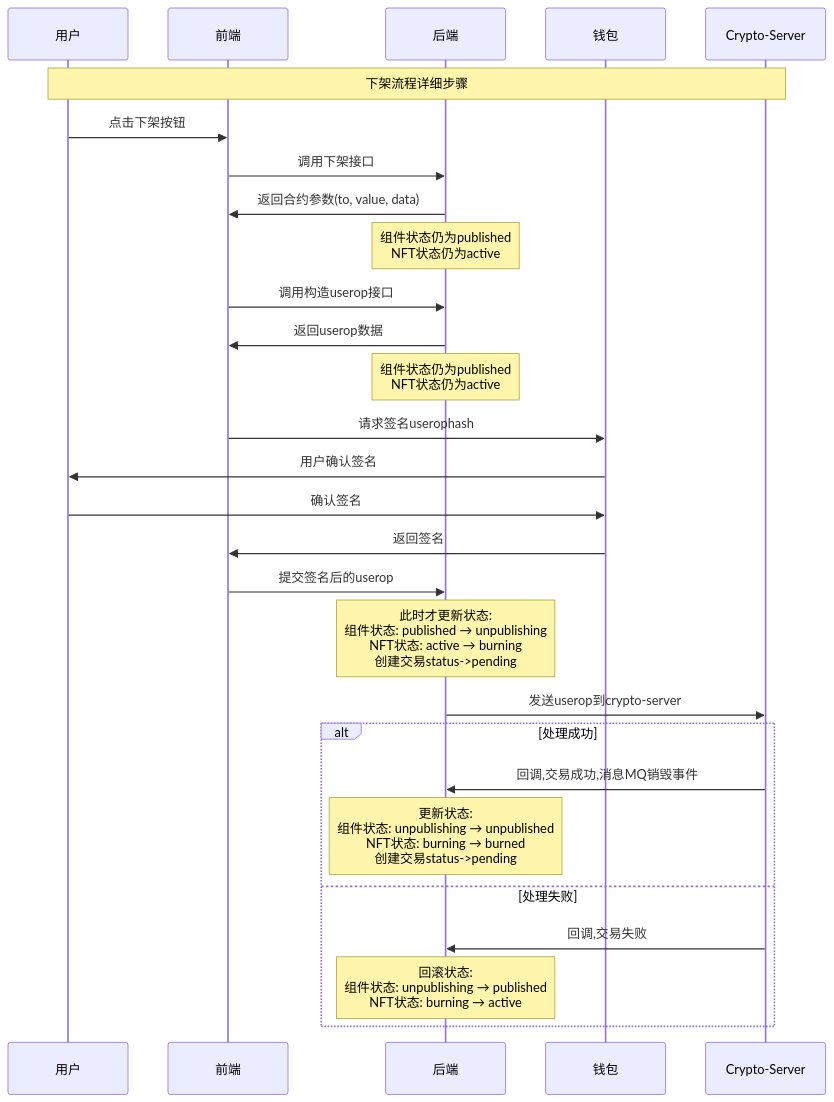
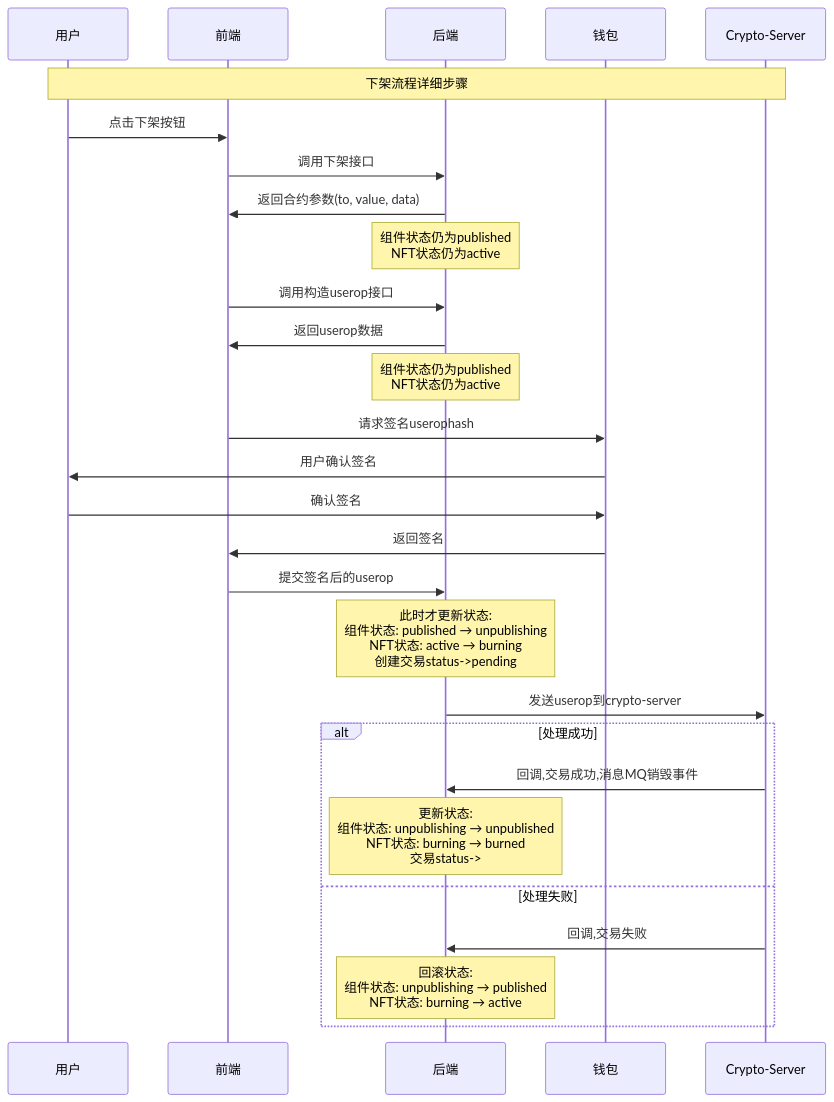
The diagram in all/未命名-76.md (yingjianzh/iodraw-files), drawn with Mermaid before and after one commit.

Commit message:
2025-07-08 11:26:40 update

````diff
--- a/all/未命名-76.md
+++ b/all/未命名-76.md
@@ -1,36 +1,36 @@
 ```mermaid
 sequenceDiagram
     participant User as 用户
     participant Frontend as 前端
     participant Backend as 后端
     participant Wallet as 钱包
     participant CryptoServer as Crypto-Server
     
     Note over User,CryptoServer: 下架流程详细步骤
     
     User->>Frontend: 点击下架按钮
     Frontend->>Backend: 调用下架接口
     Backend->>Frontend: 返回合约参数(to, value, data)
     Note over Backend: 组件状态仍为published<br/>NFT状态仍为active
     
     Frontend->>Backend: 调用构造userop接口
     Backend->>Frontend: 返回userop数据
     Note over Backend: 组件状态仍为published<br/>NFT状态仍为active
     
     Frontend->>Wallet: 请求签名userophash
     Wallet->>User: 用户确认签名
     User->>Wallet: 确认签名
     Wallet->>Frontend: 返回签名
     
     Frontend->>Backend: 提交签名后的userop
     Note over Backend: 此时才更新状态:<br/>组件状态: published → unpublishing<br/>NFT状态: active → burning <br/> 创建交易status->pending
     Backend->>CryptoServer: 发送userop到crypto-server
     
     alt 处理成功
         CryptoServer->>Backend: 回调,交易成功,消息MQ销毁事件
-        Note over Backend: 更新状态:<br/>组件状态: unpublishing → unpublished<br/>NFT状态: burning → burned <br/> 创建交易status->pending
+        Note over Backend: 更新状态:<br/>组件状态: unpublishing → unpublished<br/>NFT状态: burning → burned <br/> 交易status->
     else 处理失败
         CryptoServer->>Backend: 回调,交易失败
         Note over Backend: 回滚状态:<br/>组件状态: unpublishing → published<br/>NFT状态: burning → active
     end
 ```
````
